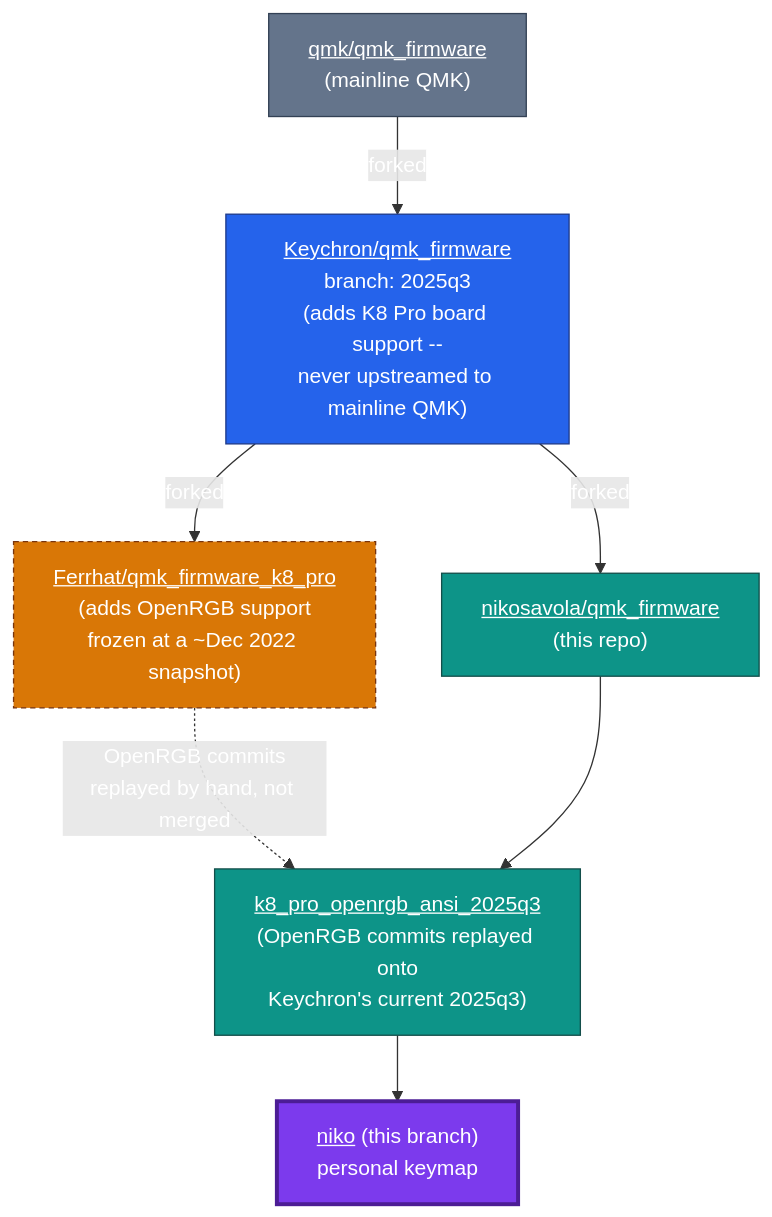
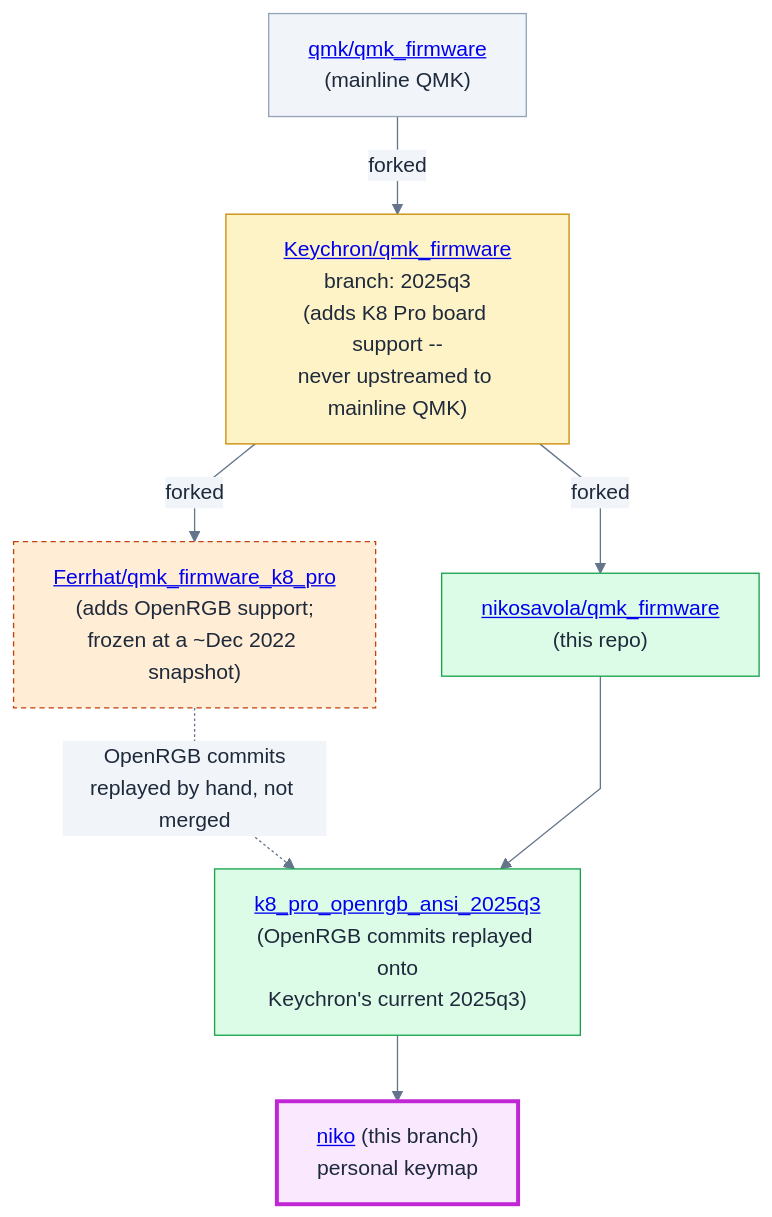
The diagram in readme.md (nikosavola/qmk_firmware), drawn with Mermaid before and after one commit.

Commit message:
README: use a light palette so blue hypertext reads well in-diagram
GitHub's mermaid renderer mixes its own auto light/dark theming with
custom node colors, so overriding link color with an inline style
was inconsistent (sometimes honored, sometimes not) and dark/saturated
fills clashed with the default blue link color. Pin a base theme and
switch every node to a light, low-saturation fill instead -- blue
hypertext reads cleanly against light backgrounds without needing to
fight GitHub's own link styling at all.

````diff
--- a/readme.md
+++ b/readme.md
@@ -85,28 +85,29 @@
 ```mermaid
+%%{init: {"theme": "base", "themeVariables": {"primaryTextColor": "#1e293b", "edgeLabelBackground": "#f1f5f9", "lineColor": "#64748b"}, "flowchart": {"curve": "linear"}}}%%
 flowchart TD
-    QMK["<a href='https://github.com/qmk/qmk_firmware' style='color:#fff'>qmk/qmk_firmware</a><br>(mainline QMK)"]
-    Keychron["<a href='https://github.com/Keychron/qmk_firmware/tree/2025q3' style='color:#fff'>Keychron/qmk_firmware</a><br>branch: 2025q3<br>(adds K8 Pro board support --<br>never upstreamed to mainline QMK)"]
-    Ferrhat["<a href='https://github.com/Ferrhat/qmk_firmware_k8_pro' style='color:#fff'>Ferrhat/qmk_firmware_k8_pro</a><br>(adds OpenRGB support;<br>frozen at a ~Dec 2022 snapshot)"]
-    ThisRepo["<a href='https://github.com/nikosavola/qmk_firmware' style='color:#fff'>nikosavola/qmk_firmware</a><br>(this repo)"]
-    OpenRGBBranch["<a href='https://github.com/nikosavola/qmk_firmware/tree/k8_pro_openrgb_ansi_2025q3' style='color:#fff'>k8_pro_openrgb_ansi_2025q3</a><br>(OpenRGB commits replayed onto<br>Keychron's current 2025q3)"]
-    NikoBranch["<a href='https://github.com/nikosavola/qmk_firmware/tree/niko' style='color:#fff'>niko</a> (this branch)<br>personal keymap"]
+    QMK["<a href='https://github.com/qmk/qmk_firmware'>qmk/qmk_firmware</a><br>(mainline QMK)"]
+    Keychron["<a href='https://github.com/Keychron/qmk_firmware/tree/2025q3'>Keychron/qmk_firmware</a><br>branch: 2025q3<br>(adds K8 Pro board support --<br>never upstreamed to mainline QMK)"]
+    Ferrhat["<a href='https://github.com/Ferrhat/qmk_firmware_k8_pro'>Ferrhat/qmk_firmware_k8_pro</a><br>(adds OpenRGB support;<br>frozen at a ~Dec 2022 snapshot)"]
+    ThisRepo["<a href='https://github.com/nikosavola/qmk_firmware'>nikosavola/qmk_firmware</a><br>(this repo)"]
+    OpenRGBBranch["<a href='https://github.com/nikosavola/qmk_firmware/tree/k8_pro_openrgb_ansi_2025q3'>k8_pro_openrgb_ansi_2025q3</a><br>(OpenRGB commits replayed onto<br>Keychron's current 2025q3)"]
+    NikoBranch["<a href='https://github.com/nikosavola/qmk_firmware/tree/niko'>niko</a> (this branch)<br>personal keymap"]
 
     QMK -->|forked| Keychron
     Keychron -->|forked| Ferrhat
     Keychron -->|forked| ThisRepo
     Ferrhat -.->|OpenRGB commits<br>replayed by hand, not merged| OpenRGBBranch
     ThisRepo --> OpenRGBBranch
     OpenRGBBranch --> NikoBranch
 
-    classDef root fill:#64748b,stroke:#334155,stroke-width:1px,color:#fff
-    classDef keychron fill:#2563eb,stroke:#1e3a8a,stroke-width:1px,color:#fff
-    classDef stale fill:#d97706,stroke:#78350f,stroke-width:1px,color:#fff,stroke-dasharray: 4 3
-    classDef mine fill:#0d9488,stroke:#134e4a,stroke-width:1px,color:#fff
-    classDef active fill:#7c3aed,stroke:#4c1d95,stroke-width:3px,color:#fff
+    classDef root fill:#f1f5f9,stroke:#94a3b8,stroke-width:1px,color:#1e293b
+    classDef keychron fill:#fef3c7,stroke:#ca8a04,stroke-width:1px,color:#1e293b
+    classDef stale fill:#ffedd5,stroke:#c2410c,stroke-width:1px,color:#1e293b,stroke-dasharray: 4 3
+    classDef mine fill:#dcfce7,stroke:#16a34a,stroke-width:1px,color:#1e293b
+    classDef active fill:#fae8ff,stroke:#c026d3,stroke-width:3px,color:#1e293b
 
     class QMK root
     class Keychron keychron
     class Ferrhat stale
     class ThisRepo,OpenRGBBranch mine
     class NikoBranch active
 ```
````
